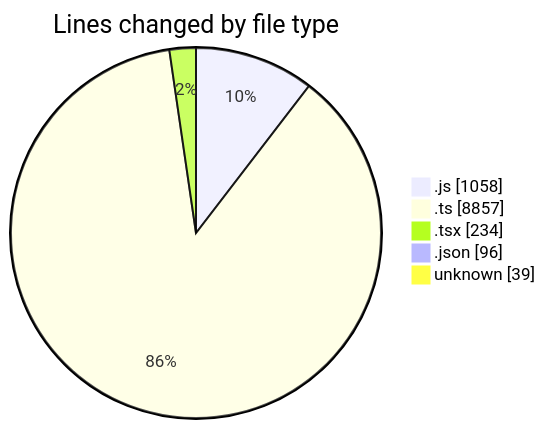
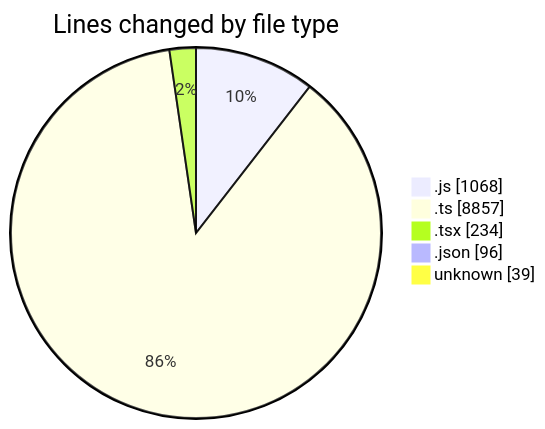
One commit to momahboobian/code-tracking changed the first of 2 diagrams in 2025-05-14/cda/README.md. Above: the diagram before and after it, drawn with Mermaid. The commit also changed other lines of this file and 1 other file, not shown here.

````diff
--- a/2025-05-14/cda/README.md
+++ b/2025-05-14/cda/README.md
@@ -30,9 +30,9 @@
 ```mermaid
 pie showData
 title Lines changed by file type
-".js" : 1058
+".js" : 1068
 ".ts" : 8857
 ".tsx" : 234
 ".json" : 96
 "unknown" : 39
 ```
````
